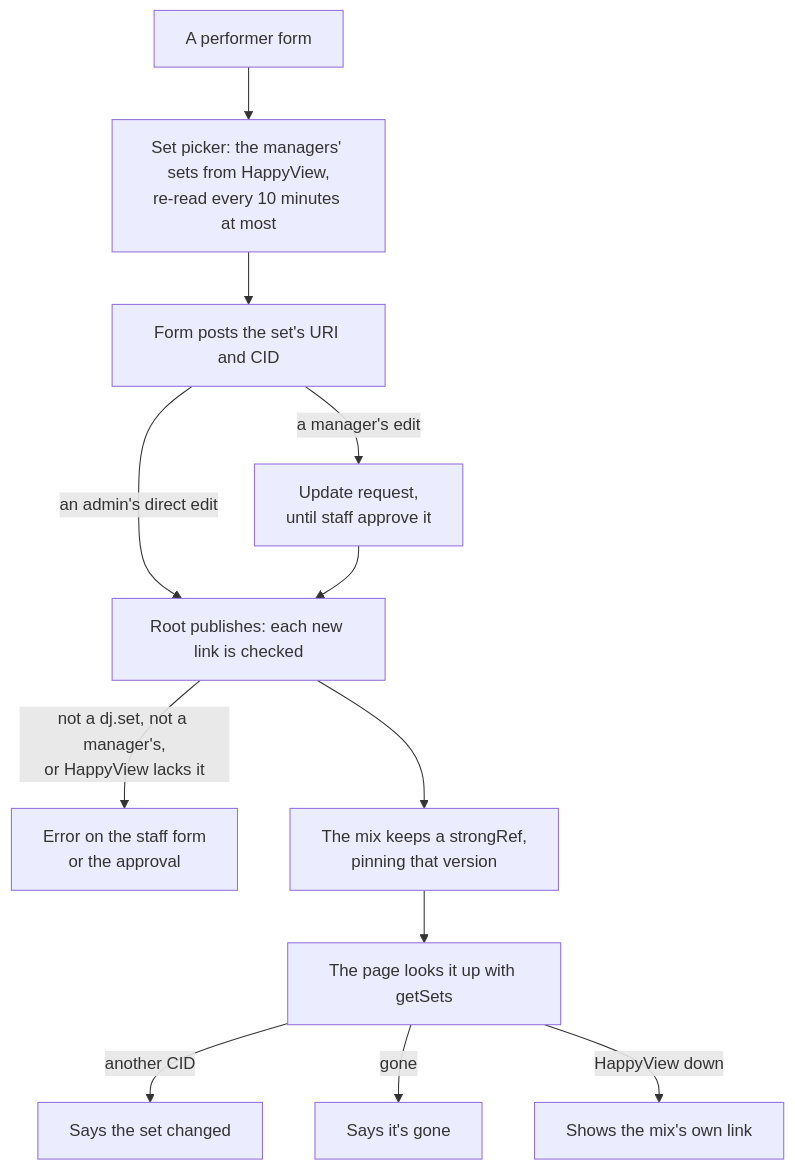
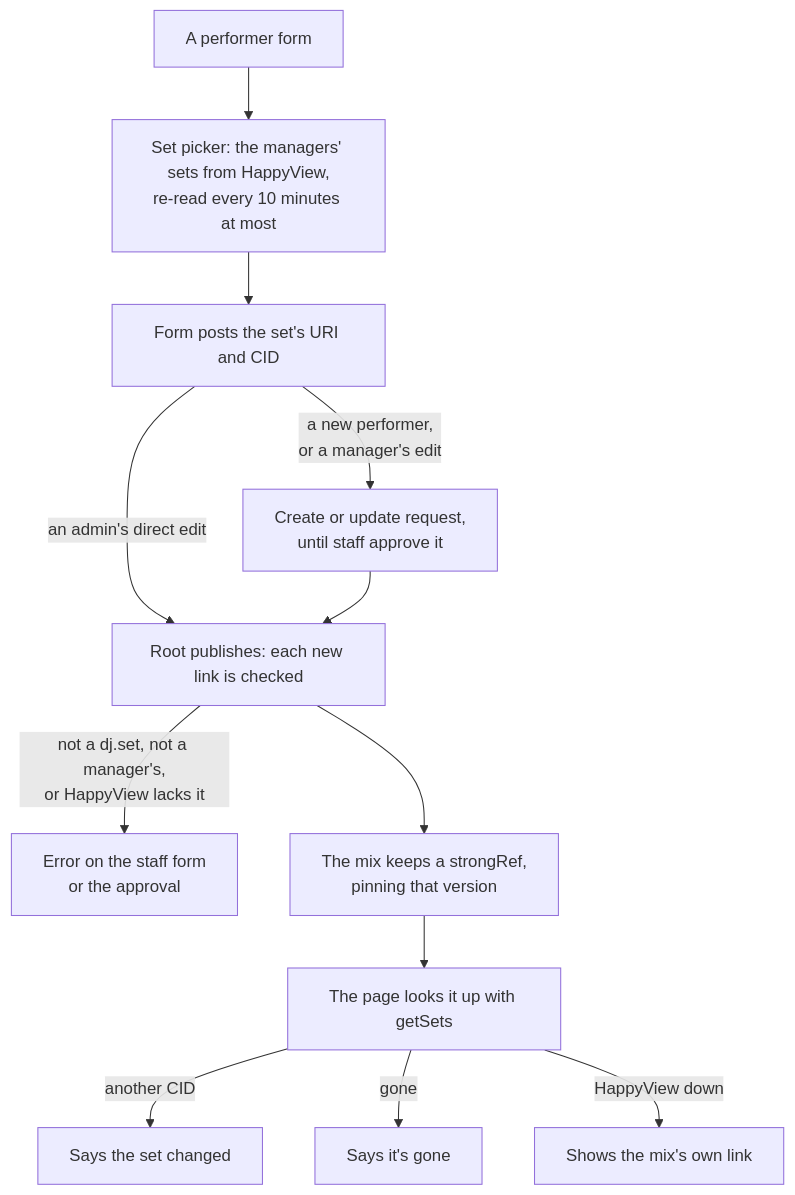
Before and after one commit to cutenode/localnetwork: the second of 5 diagrams in apps/web/docs/diagrams/mixes-and-sets.md, drawn with Mermaid. The commit also changed other lines of this file and 8 other files, not shown here.

First line of the commit message:
docs(web): bring the diagrams in line with the code

````diff
--- a/apps/web/docs/diagrams/mixes-and-sets.md
+++ b/apps/web/docs/diagrams/mixes-and-sets.md
@@ -35,14 +35,14 @@
 ```mermaid
 flowchart TD
   Form["A performer form"] --> Picker["Set picker: the managers' sets from HappyView,<br/>re-read every 10 minutes at most"]
   Picker --> Post["Form posts the set's URI and CID"]
-  Post -- "a manager's edit" --> Review["Update request,<br/>until staff approve it"]
+  Post -- "a new performer,<br/>or a manager's edit" --> Review["Create or update request,<br/>until staff approve it"]
   Post -- "an admin's direct edit" --> Publish["Root publishes: each new link is checked"]
   Review --> Publish
   Publish -- "not a dj.set, not a manager's,<br/>or HappyView lacks it" --> Refused["Error on the staff form<br/>or the approval"]
   Publish --> Pinned["The mix keeps a strongRef,<br/>pinning that version"]
   Pinned --> Page["The page looks it up with getSets"]
   Page -- "another CID" --> Changed["Says the set changed"]
   Page -- "gone" --> Gone["Says it's gone"]
   Page -- "HappyView down" --> Links["Shows the mix's own link"]
 ```
````
